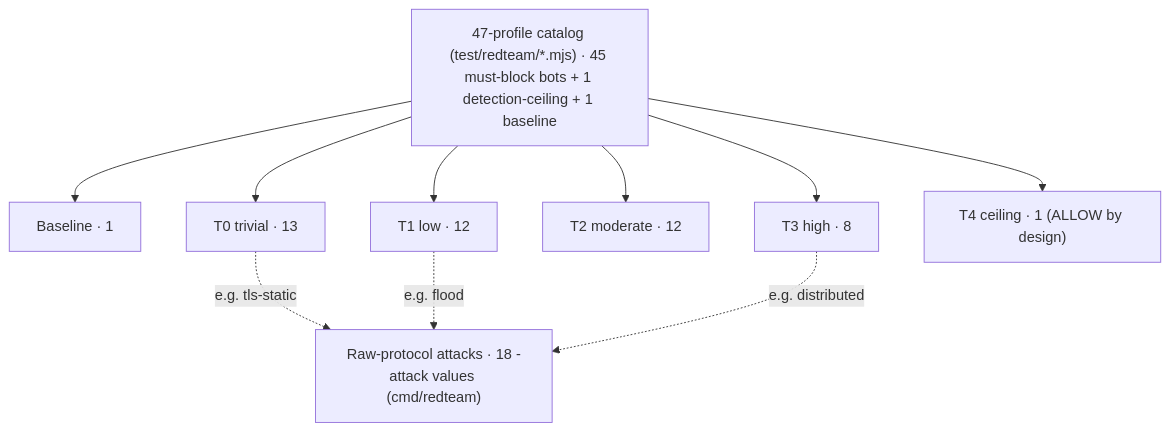
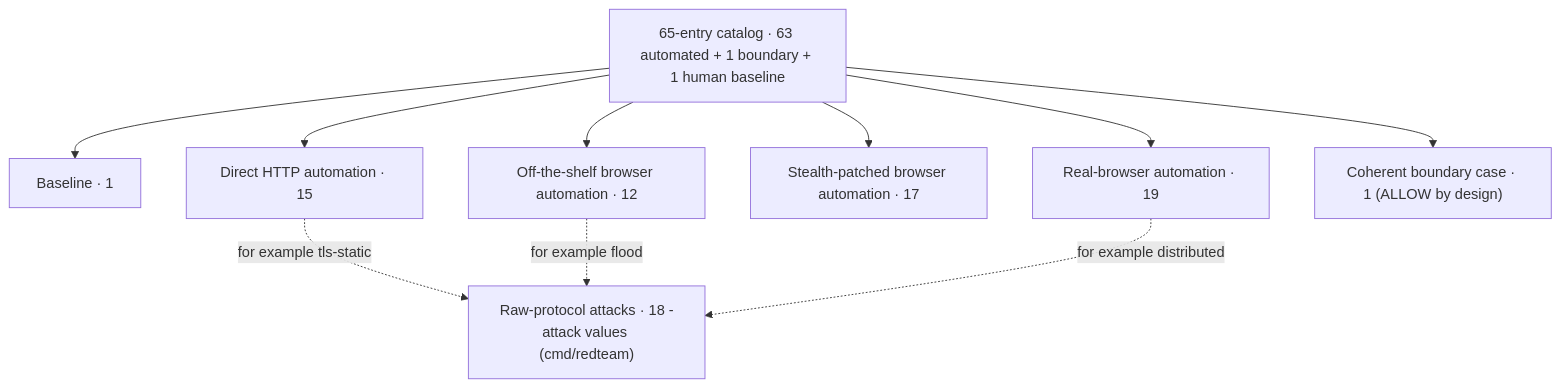
The diagram in docs/reference/red-team-catalog.md (modootoday/humanymous), drawn with Mermaid before and after one commit. The commit also changed other lines of this file and 62 other files, not shown here.

````diff
--- a/docs/reference/red-team-catalog.md
+++ b/docs/reference/red-team-catalog.md
@@ -67,14 +67,14 @@
 ```mermaid
 flowchart TD
-  CAT["47-profile catalog (test/redteam/*.mjs) · 45 must-block bots + 1 detection-ceiling + 1 baseline"]
+  CAT["65-entry catalog · 63 automated + 1 boundary + 1 human baseline"]
   CAT --> BASE["Baseline · 1"]
-  CAT --> T0["T0 trivial · 13"]
-  CAT --> T1["T1 low · 12"]
-  CAT --> T2["T2 moderate · 12"]
-  CAT --> T3["T3 high · 8"]
-  CAT --> T4["T4 ceiling · 1 (ALLOW by design)"]
+  CAT --> Direct["Direct HTTP automation · 15"]
+  CAT --> Default["Off-the-shelf browser automation · 12"]
+  CAT --> Stealth["Stealth-patched browser automation · 17"]
+  CAT --> Real["Real-browser automation · 19"]
+  CAT --> Boundary["Coherent boundary case · 1 (ALLOW by design)"]
   RAW["Raw-protocol attacks · 18 -attack values (cmd/redteam)"]
-  T0 -. "e.g. tls-static" .-> RAW
-  T1 -. "e.g. flood" .-> RAW
-  T3 -. "e.g. distributed" .-> RAW
+  Direct -. "for example tls-static" .-> RAW
+  Default -. "for example flood" .-> RAW
+  Real -. "for example distributed" .-> RAW
 ```
````
